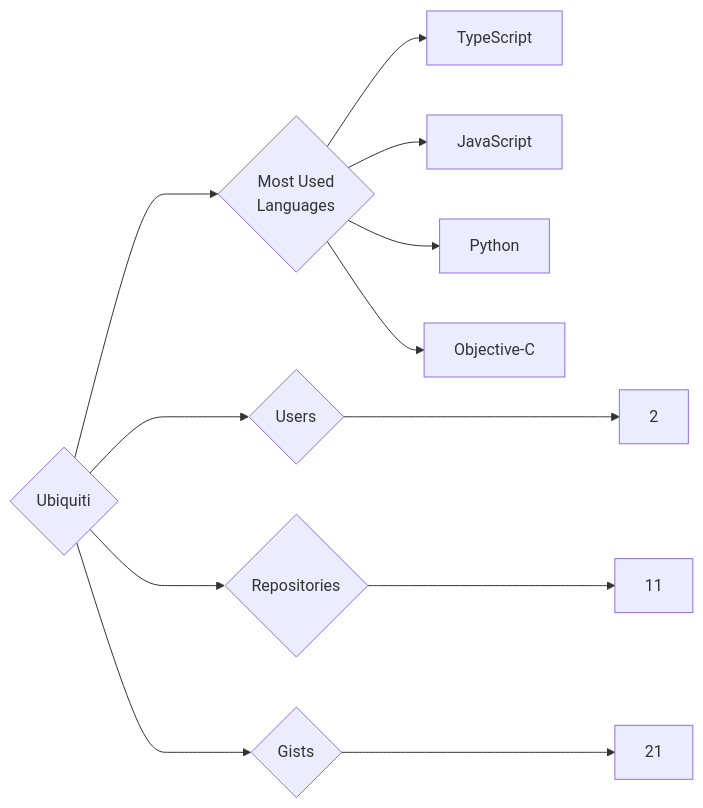
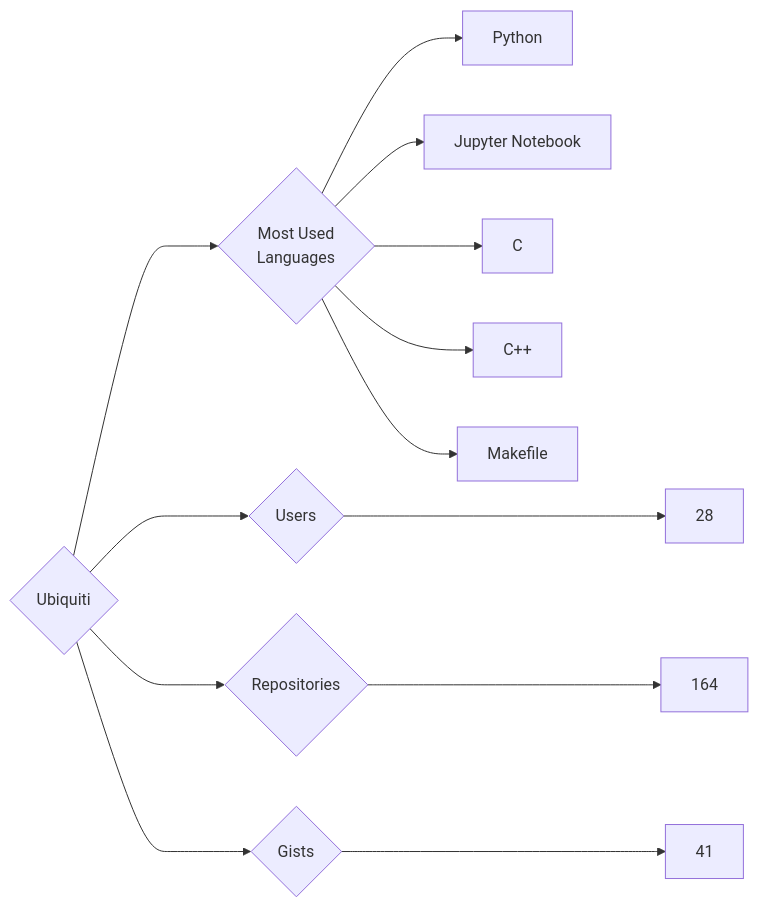
Before and after one commit to trickest/insiders: the diagram in targets/Ubiquiti/README.md, drawn with Mermaid. The commit also changed 799 other files, not shown here.

````diff
--- a/targets/Ubiquiti/README.md
+++ b/targets/Ubiquiti/README.md
@@ -3,12 +3,13 @@
 ```mermaid
 graph LR
 COMPANY_NAME{Ubiquiti}
-COMPANY_NAME ---> U{Users} ---> UN[2]
-COMPANY_NAME ---> R{Repositories} ---> RN[11]
-COMPANY_NAME ---> G{Gists} ---> GN[21]
+COMPANY_NAME ---> U{Users} ---> UN[28]
+COMPANY_NAME ---> R{Repositories} ---> RN[164]
+COMPANY_NAME ---> G{Gists} ---> GN[41]
 COMPANY_NAME ---> ML{Most Used<br>Languages}
-ML --> TypeScript[TypeScript]
-ML --> JavaScript[JavaScript]
 ML --> Python[Python]
-ML --> Objective-C[Objective-C]
+ML --> Jupyter_Notebook[Jupyter Notebook]
+ML --> C[C]
+ML --> C++[C++]
+ML --> Makefile[Makefile]
 ```
````
